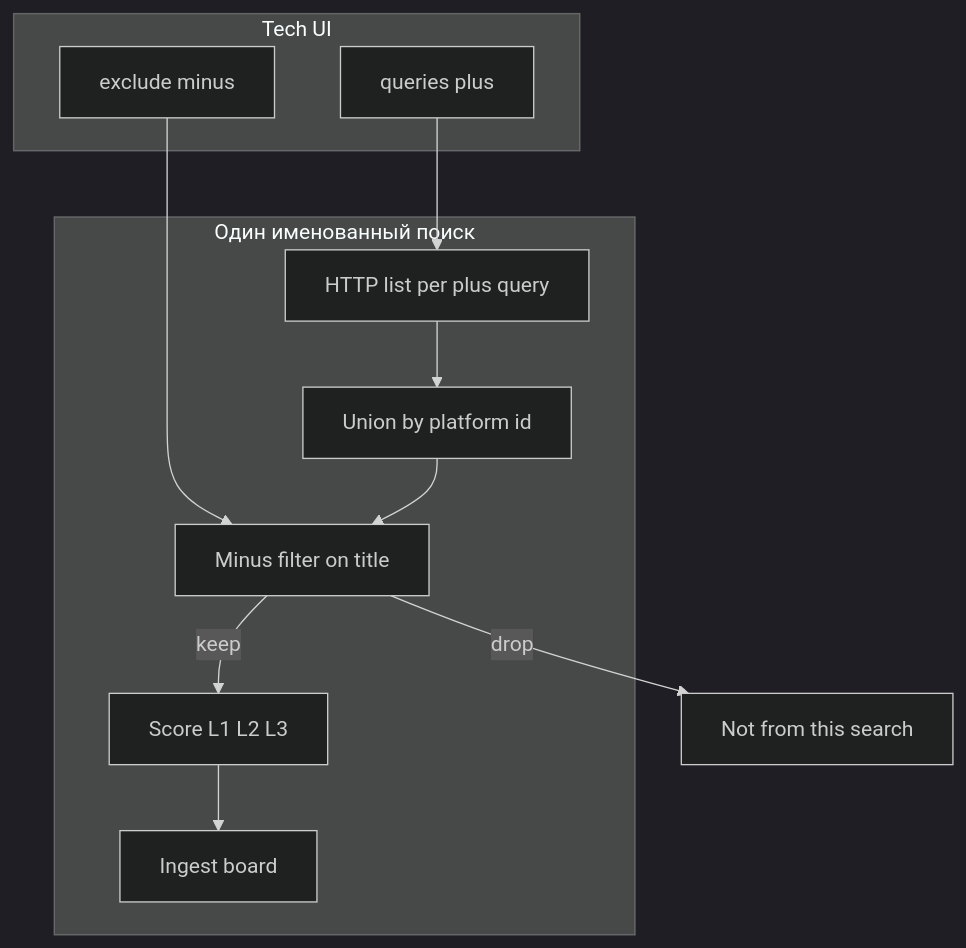
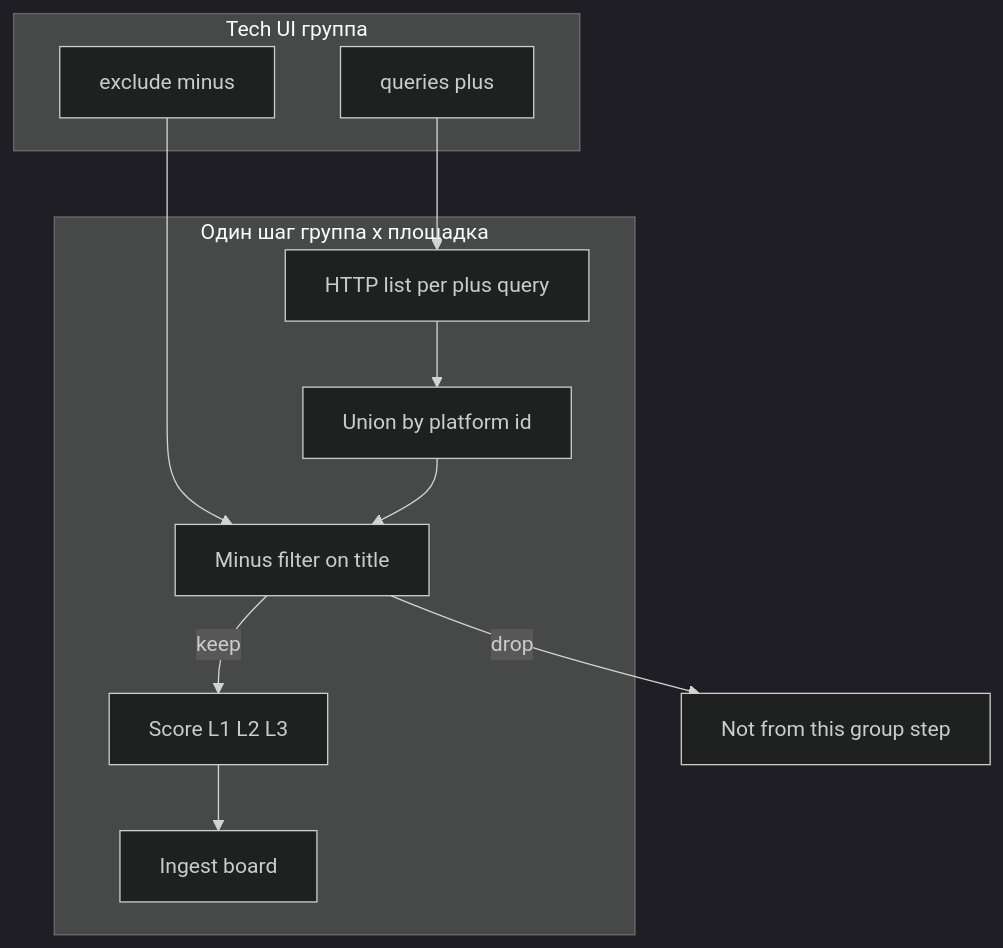
The diagram in docs/discovery/search-system-v2.md (pvumanets/tenders-ndt), drawn with Mermaid (dark theme) before and after one commit. The commit also changed other lines of this file and 37 other files, not shown here.

First line of the commit message:
feat(048): search groups backend and group×platform queue

````diff
--- a/docs/discovery/search-system-v2.md
+++ b/docs/discovery/search-system-v2.md
@@ -53,21 +56,21 @@
 ```mermaid
 flowchart TB
-  subgraph tech [Tech UI]
+  subgraph tech [Tech UI группа]
     Plus[queries plus]
     Minus[exclude minus]
   end
-  subgraph run [Один именованный поиск]
+  subgraph run [Один шаг группа x площадка]
     Q[HTTP list per plus query]
     U[Union by platform id]
     X[Minus filter on title]
     S[Score L1 L2 L3]
     I[Ingest board]
   end
   Plus --> Q
   Q --> U
   Minus --> X
   U --> X
   X -->|keep| S
-  X -->|drop| Drop[Not from this search]
+  X -->|drop| Drop[Not from this group step]
   S --> I
 ```
````
